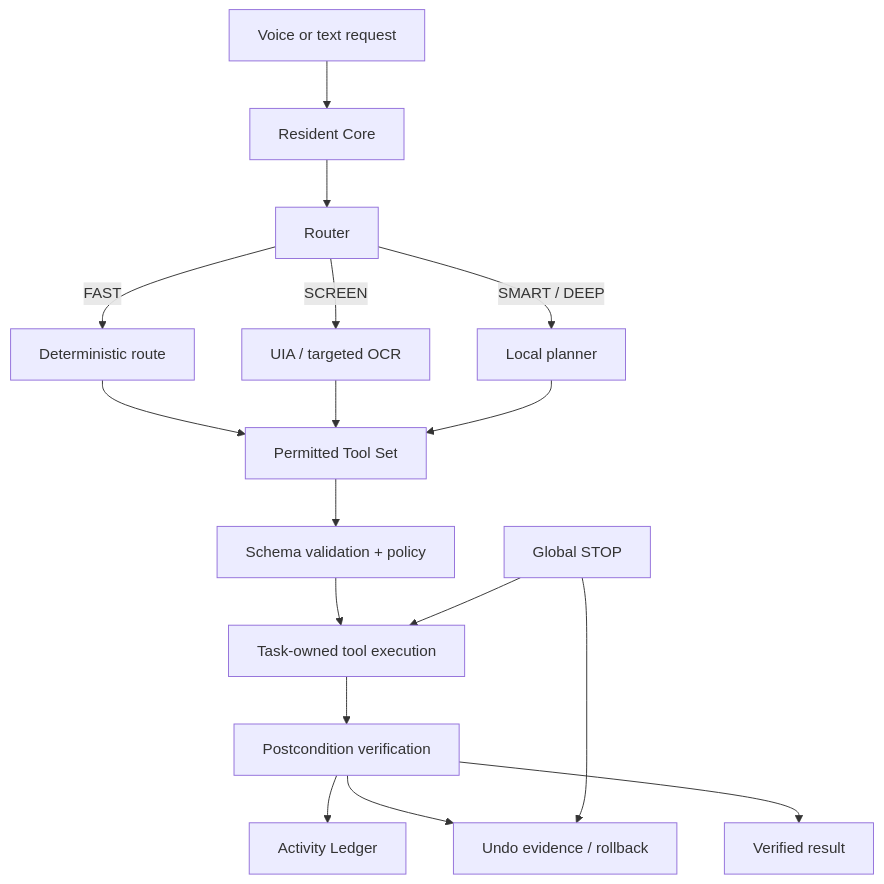
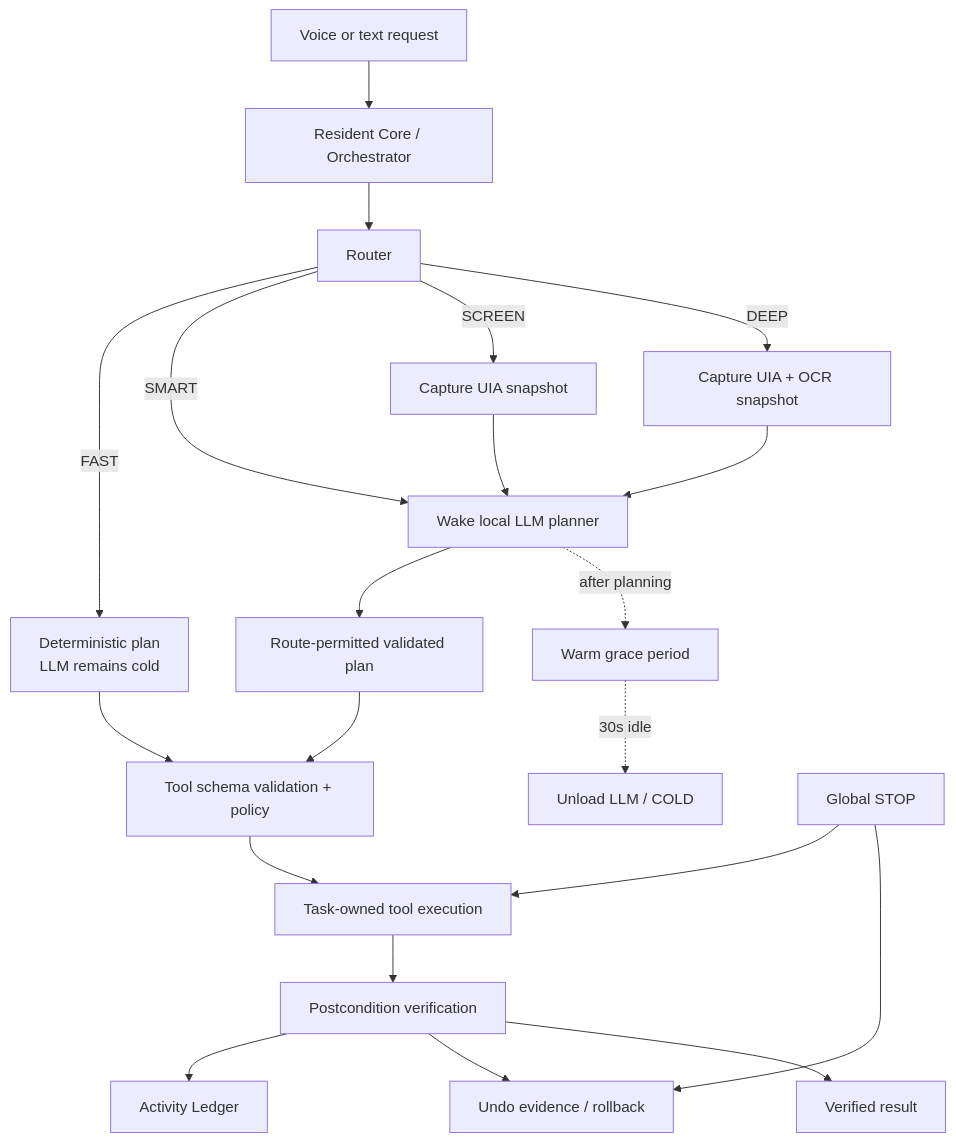
One commit to sai161812/pluma changed the diagram in README.md. Above: the diagram before and after it, drawn with Mermaid. The commit also changed other lines of this file, not shown here.

Commit message:
docs: correct route flow and on-demand LLM lifecycle

````diff
--- a/README.md
+++ b/README.md
@@ -19,24 +19,30 @@
 ```mermaid
 flowchart TD
-    A[Voice or text request] --> B[Resident Core]
+    A[Voice or text request] --> B[Resident Core / Orchestrator]
     B --> C[Router]
 
-    C -->|FAST| D[Deterministic route]
-    C -->|SCREEN| E[UIA / targeted OCR]
-    C -->|SMART / DEEP| F[Local planner]
+    C -->|FAST| D[Deterministic plan<br/>LLM remains cold]
+    C -->|SMART| P[Wake local LLM planner]
+    C -->|SCREEN| E[Capture UIA snapshot]
+    C -->|DEEP| F[Capture UIA + OCR snapshot]
 
-    D --> G[Permitted Tool Set]
-    E --> G
-    F --> G
+    E --> P
+    F --> P
 
-    G --> H[Schema validation + policy]
+    P --> G[Route-permitted validated plan]
+    P -. after planning .-> W[Warm grace period]
+    W -. 30s idle .-> X[Unload LLM / COLD]
+
+    D --> H[Tool schema validation + policy]
+    G --> H
+
     H --> I[Task-owned tool execution]
     I --> J[Postcondition verification]
 
     J --> K[Activity Ledger]
     J --> L[Undo evidence / rollback]
     J --> M[Verified result]
 
     N[Global STOP] --> I
     N --> L
 ```
````
